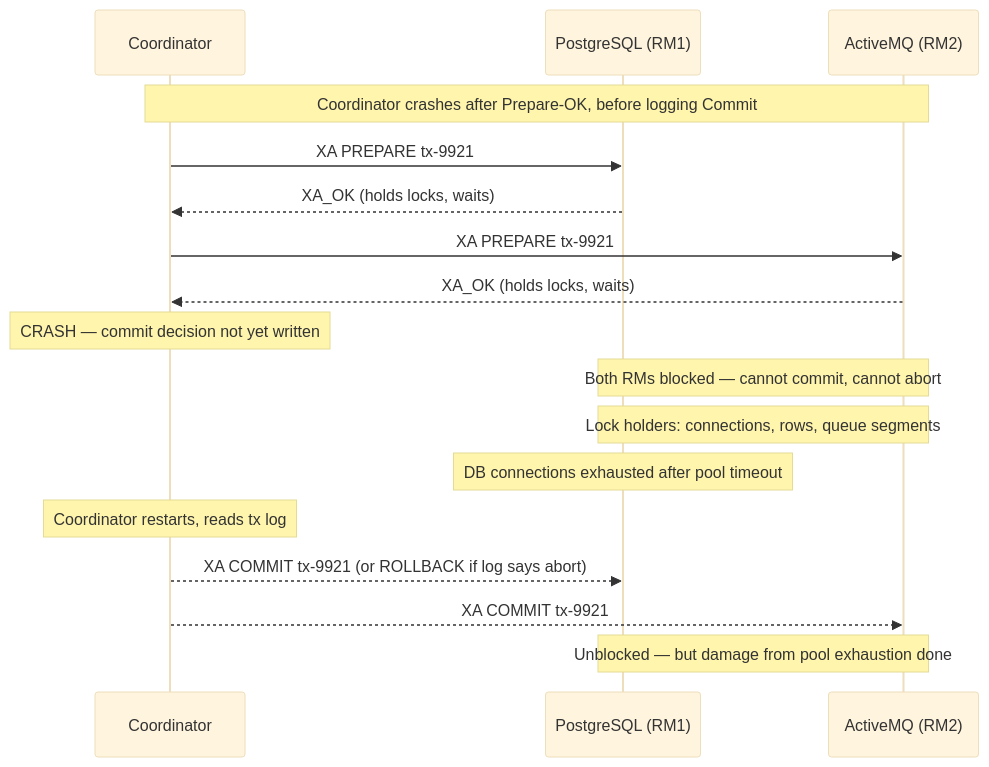
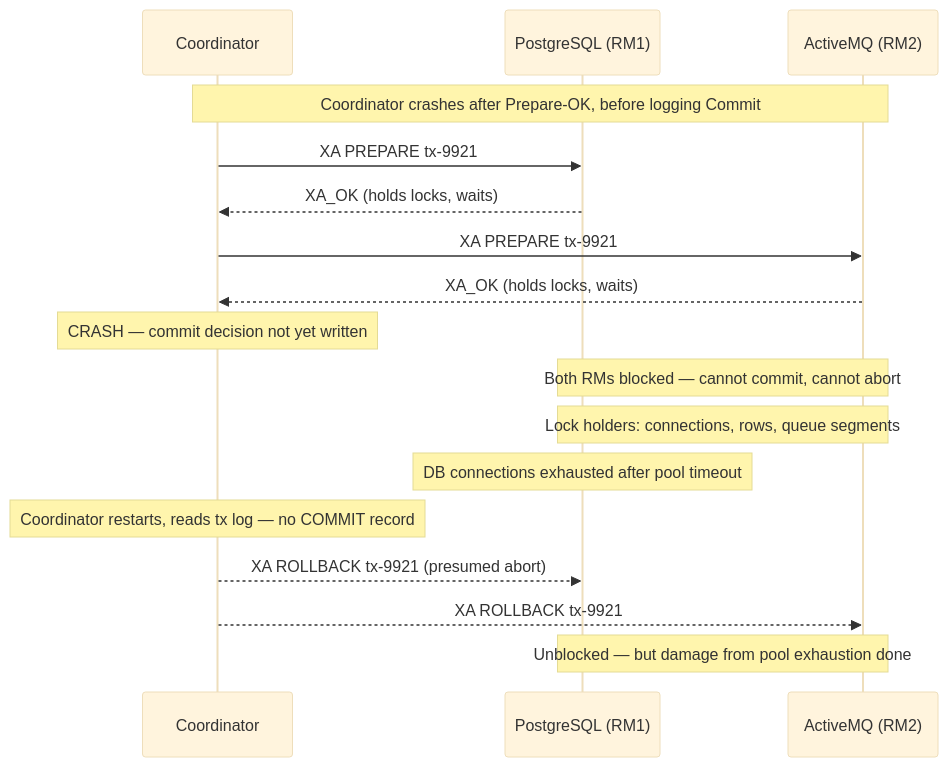
One commit to mostafasroor1983/fintech-engineering-mastery changed the second of 2 diagrams in docs/content/tracks/track-02-distributed-systems/lesson-06-two-phase-commit/index.md. Above: the diagram before and after it, drawn with Mermaid (base theme). The commit also changed other lines of this file and 345 other files, not shown here.

````diff
--- a/docs/content/tracks/track-02-distributed-systems/lesson-06-two-phase-commit/index.md
+++ b/docs/content/tracks/track-02-distributed-systems/lesson-06-two-phase-commit/index.md
@@ -88,22 +88,22 @@
 ```mermaid
 sequenceDiagram
     participant C as Coordinator
     participant DB as PostgreSQL (RM1)
     participant MQ as ActiveMQ (RM2)
 
     Note over C,MQ: Coordinator crashes after Prepare-OK, before logging Commit
     C->>DB: XA PREPARE tx-9921
     DB-->>C: XA_OK (holds locks, waits)
     C->>MQ: XA PREPARE tx-9921
     MQ-->>C: XA_OK (holds locks, waits)
 
     Note over C: CRASH — commit decision not yet written
     Note over DB,MQ: Both RMs blocked — cannot commit, cannot abort
     Note over DB,MQ: Lock holders: connections, rows, queue segments
     Note over DB: DB connections exhausted after pool timeout
 
-    Note over C: Coordinator restarts, reads tx log
-    C-->>DB: XA COMMIT tx-9921 (or ROLLBACK if log says abort)
-    C-->>MQ: XA COMMIT tx-9921
+    Note over C: Coordinator restarts, reads tx log — no COMMIT record
+    C-->>DB: XA ROLLBACK tx-9921 (presumed abort)
+    C-->>MQ: XA ROLLBACK tx-9921
     Note over DB,MQ: Unblocked — but damage from pool exhaustion done
 ```
````
